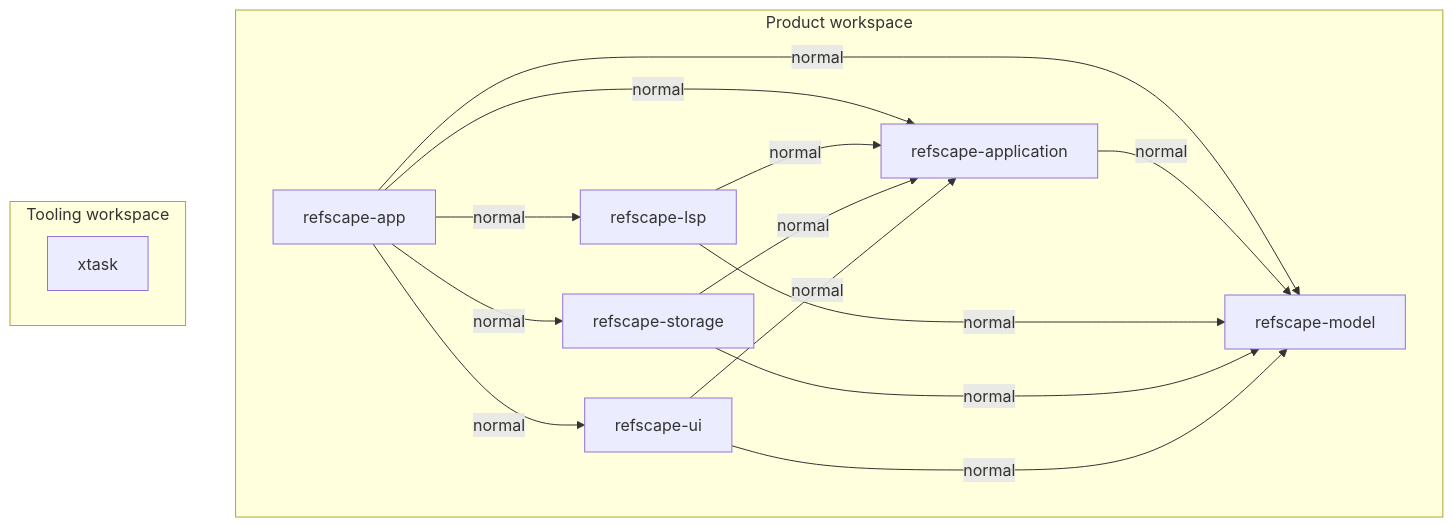
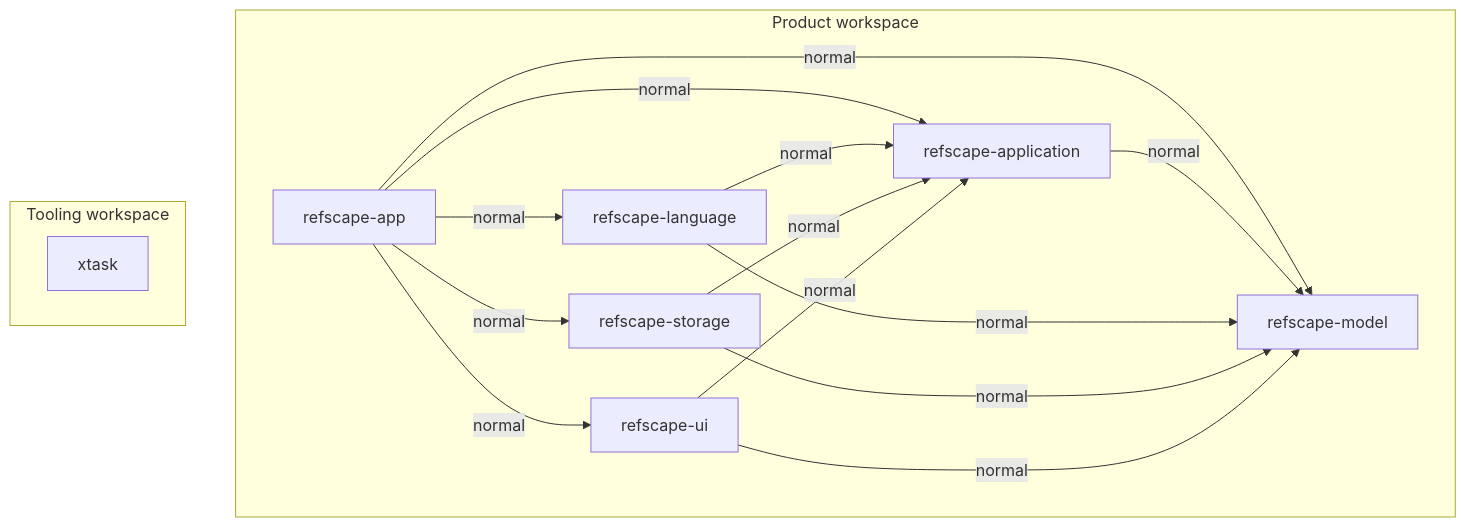
The diagram in docs/dependency-graph.md (Kashiwade-music/refscape), drawn with Mermaid before and after one commit. The commit also changed 9 other files, not shown here.

Commit message:
Rename language backend crate to refscape-language

````diff
--- a/docs/dependency-graph.md
+++ b/docs/dependency-graph.md
@@ -9,26 +9,26 @@
 ```mermaid
 flowchart TD
     subgraph product["Product workspace"]
         refscape_app["refscape-app"]
         refscape_application["refscape-application"]
-        refscape_lsp["refscape-lsp"]
+        refscape_language["refscape-language"]
         refscape_model["refscape-model"]
         refscape_storage["refscape-storage"]
         refscape_ui["refscape-ui"]
         refscape_app -->|"normal"| refscape_application
-        refscape_app -->|"normal"| refscape_lsp
+        refscape_app -->|"normal"| refscape_language
         refscape_app -->|"normal"| refscape_model
         refscape_app -->|"normal"| refscape_storage
         refscape_app -->|"normal"| refscape_ui
         refscape_application -->|"normal"| refscape_model
-        refscape_lsp -->|"normal"| refscape_application
-        refscape_lsp -->|"normal"| refscape_model
+        refscape_language -->|"normal"| refscape_application
+        refscape_language -->|"normal"| refscape_model
         refscape_storage -->|"normal"| refscape_application
         refscape_storage -->|"normal"| refscape_model
         refscape_ui -->|"normal"| refscape_application
         refscape_ui -->|"normal"| refscape_model
     end
     subgraph tooling["Tooling workspace"]
         xtask["xtask"]
     end
 ```
````
